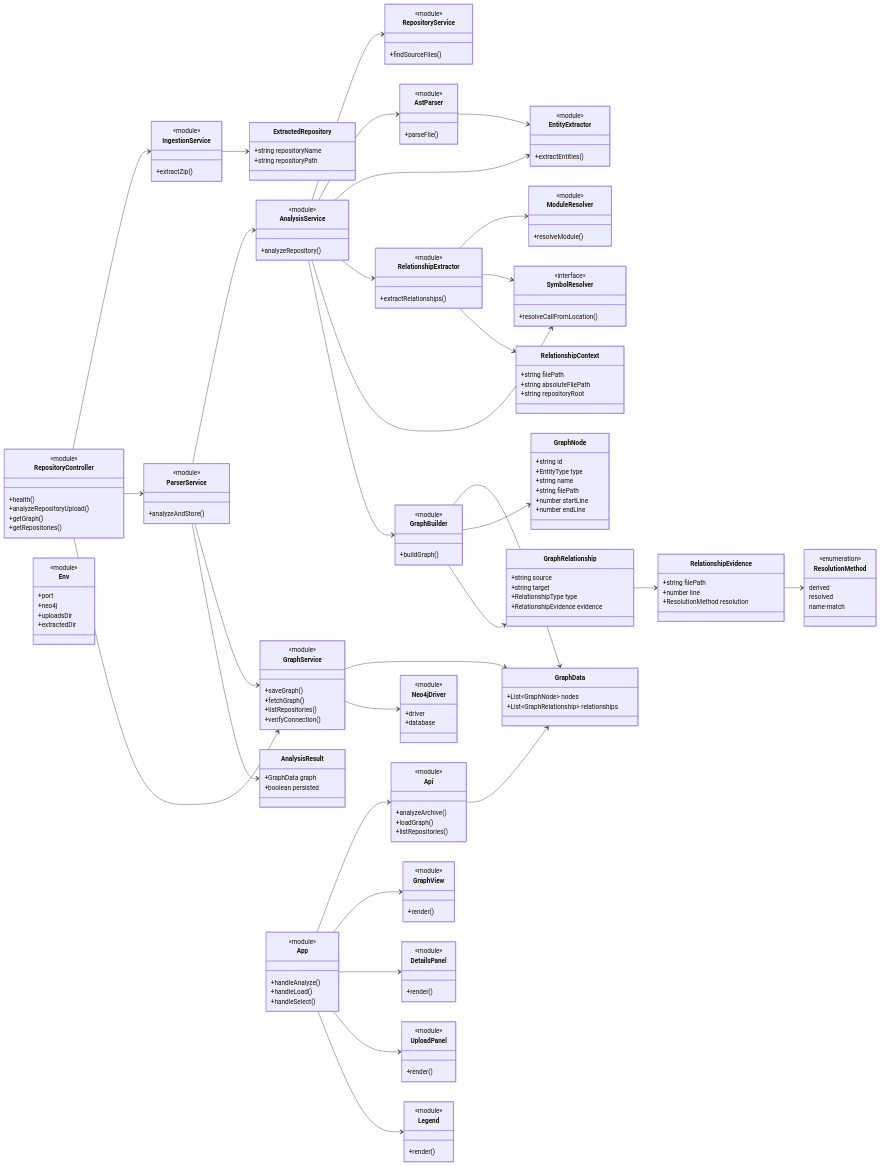
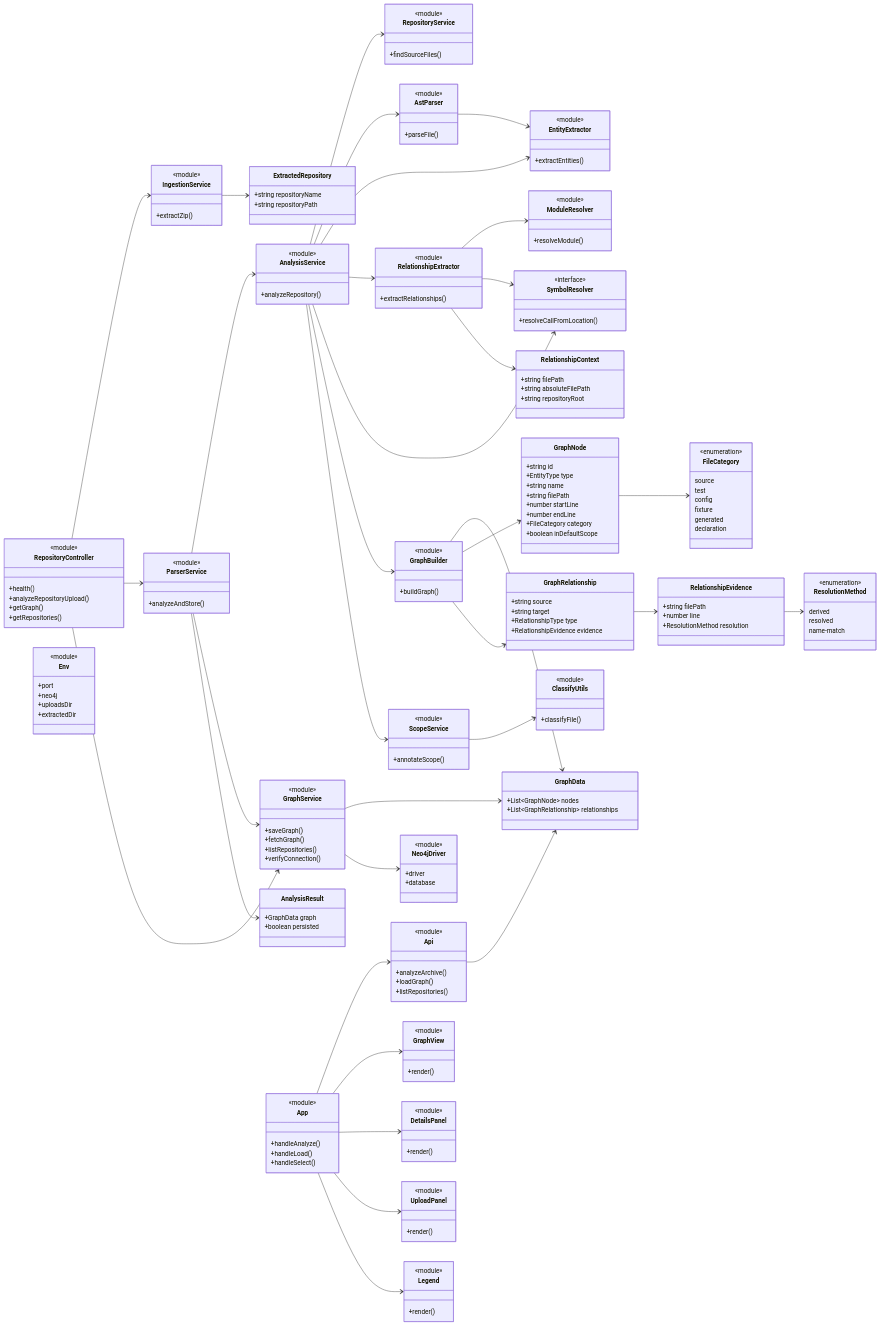
One commit to abieegit/CodeAtlas changed the first of 2 diagrams in docs/diagrams/03-class.md. Above: the diagram before and after it, drawn with Mermaid. The commit also changed 16 other files, not shown here.

```diff
--- a/docs/diagrams/03-class.md
+++ b/docs/diagrams/03-class.md
@@ -69,6 +69,14 @@
         <<module>>
         +buildGraph()
     }
+    class ScopeService {
+        <<module>>
+        +annotateScope()
+    }
+    class ClassifyUtils {
+        <<module>>
+        +classifyFile()
+    }
     class Env {
         <<module>>
         +port
@@ -89,6 +97,17 @@
         +string filePath
         +number startLine
         +number endLine
+        +FileCategory category
+        +boolean inDefaultScope
+    }
+    class FileCategory {
+        <<enumeration>>
+        source
+        test
+        config
+        fixture
+        generated
+        declaration
     }
     class GraphRelationship {
         +string source
@@ -165,6 +184,9 @@
     AnalysisService --> RelationshipExtractor
     AnalysisService --> SymbolResolver
     AnalysisService --> GraphBuilder
+    AnalysisService --> ScopeService
+    ScopeService --> ClassifyUtils
+    GraphNode --> FileCategory
     RelationshipExtractor --> ModuleResolver
     RelationshipExtractor --> SymbolResolver
     RelationshipExtractor --> RelationshipContext
```
